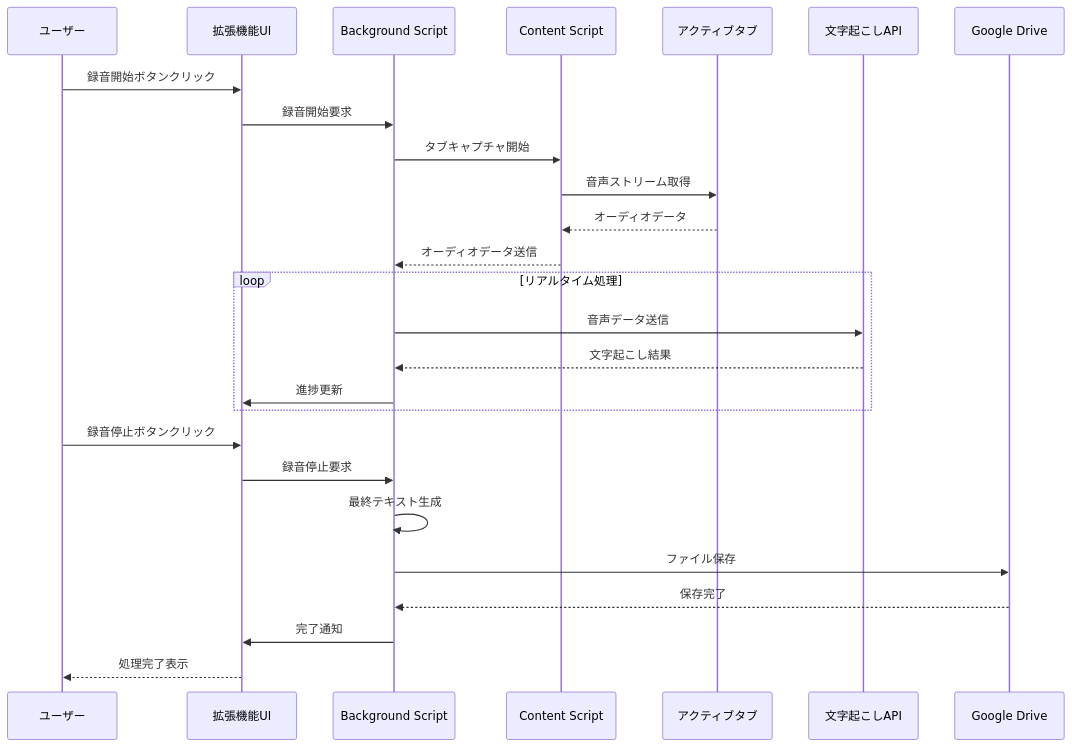
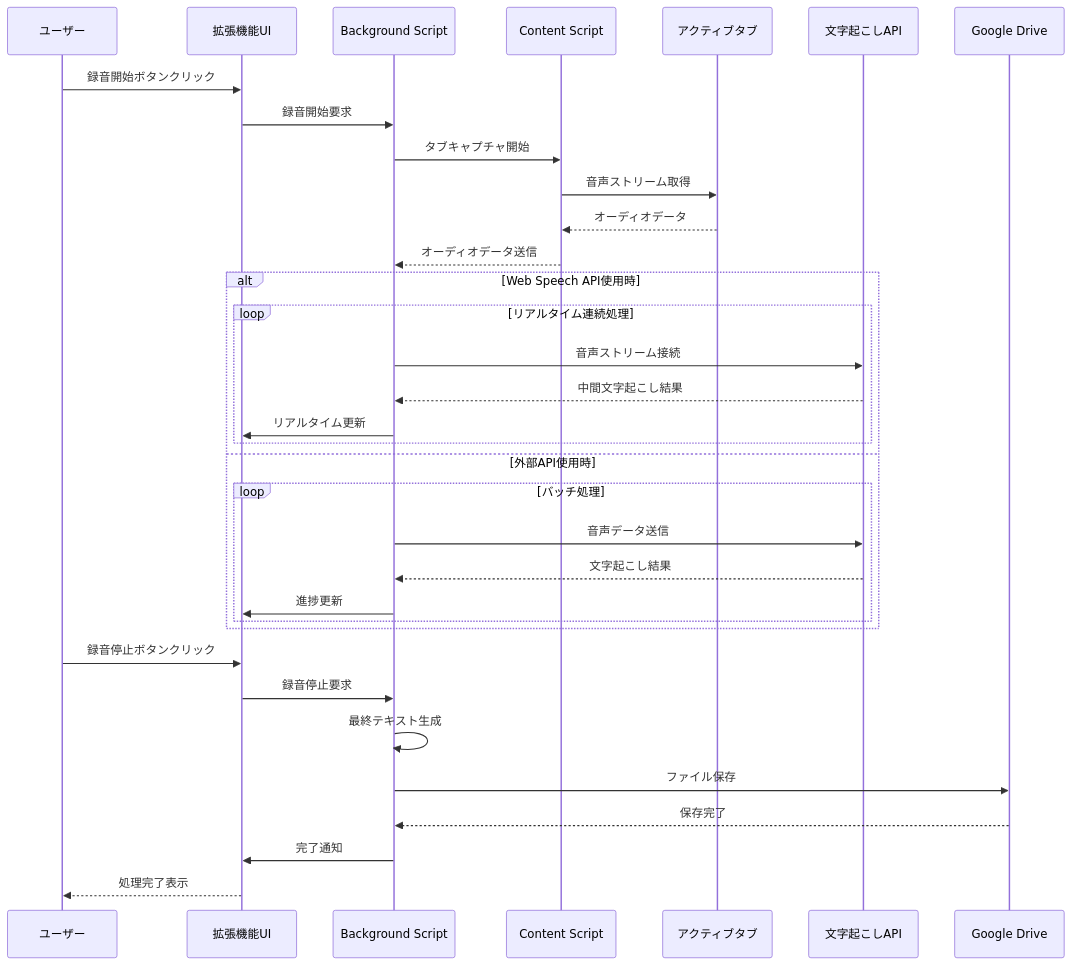
The third of 15 diagrams in docs/data-flow.md (tatsuyamiyazaki/video-transcription-chrome-extension), drawn with Mermaid before and after one commit. The commit also changed other lines of this file and 5 other files, not shown here.

Commit message:
Web Speech APIを追加したため、ドキュメントを更新

````diff
--- a/docs/data-flow.md
+++ b/docs/data-flow.md
@@ -57,31 +57,39 @@
 ```mermaid
 sequenceDiagram
     participant User as ユーザー
     participant UI as 拡張機能UI
     participant BG as Background Script
     participant Content as Content Script
     participant Tab as アクティブタブ
     participant API as 文字起こしAPI
     participant GDrive as Google Drive
     
     User->>UI: 録音開始ボタンクリック
     UI->>BG: 録音開始要求
     BG->>Content: タブキャプチャ開始
     Content->>Tab: 音声ストリーム取得
     Tab-->>Content: オーディオデータ
     Content-->>BG: オーディオデータ送信
     
-    loop リアルタイム処理
-        BG->>API: 音声データ送信
-        API-->>BG: 文字起こし結果
-        BG->>UI: 進捗更新
+    alt Web Speech API使用時
+        loop リアルタイム連続処理
+            BG->>API: 音声ストリーム接続
+            API-->>BG: 中間文字起こし結果
+            BG->>UI: リアルタイム更新
+        end
+    else 外部API使用時
+        loop バッチ処理
+            BG->>API: 音声データ送信
+            API-->>BG: 文字起こし結果
+            BG->>UI: 進捗更新
+        end
     end
     
     User->>UI: 録音停止ボタンクリック
     UI->>BG: 録音停止要求
     BG->>BG: 最終テキスト生成
     BG->>GDrive: ファイル保存
     GDrive-->>BG: 保存完了
     BG->>UI: 完了通知
     UI-->>User: 処理完了表示
 ```
````
